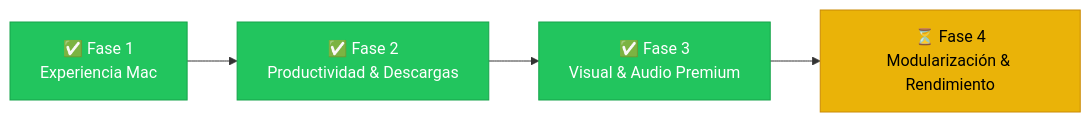
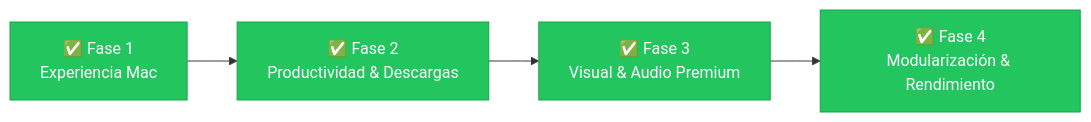
One commit to EmersonSMM/MaviMusic changed the diagram in ROADMAP.md. Above: the diagram before and after it, drawn with Mermaid. The commit also changed other lines of this file, not shown here.

Commit message:
docs: mark Phase 4 as 100% complete in ROADMAP.md

````diff
--- a/ROADMAP.md
+++ b/ROADMAP.md
@@ -9,10 +9,10 @@
 ```mermaid
 flowchart LR
     F1["✅ Fase 1\nExperiencia Mac"] --> F2["✅ Fase 2\nProductividad & Descargas"]
     F2 --> F3["✅ Fase 3\nVisual & Audio Premium"]
-    F3 --> F4["⏳ Fase 4\nModularización & Rendimiento"]
+    F3 --> F4["✅ Fase 4\nModularización & Rendimiento"]
     style F1 fill:#22c55e,stroke:#16a34a,color:#ffffff
     style F2 fill:#22c55e,stroke:#16a34a,color:#ffffff
     style F3 fill:#22c55e,stroke:#16a34a,color:#ffffff
-    style F4 fill:#eab308,stroke:#ca8a04,color:#000000
+    style F4 fill:#22c55e,stroke:#16a34a,color:#ffffff
 ```
````
